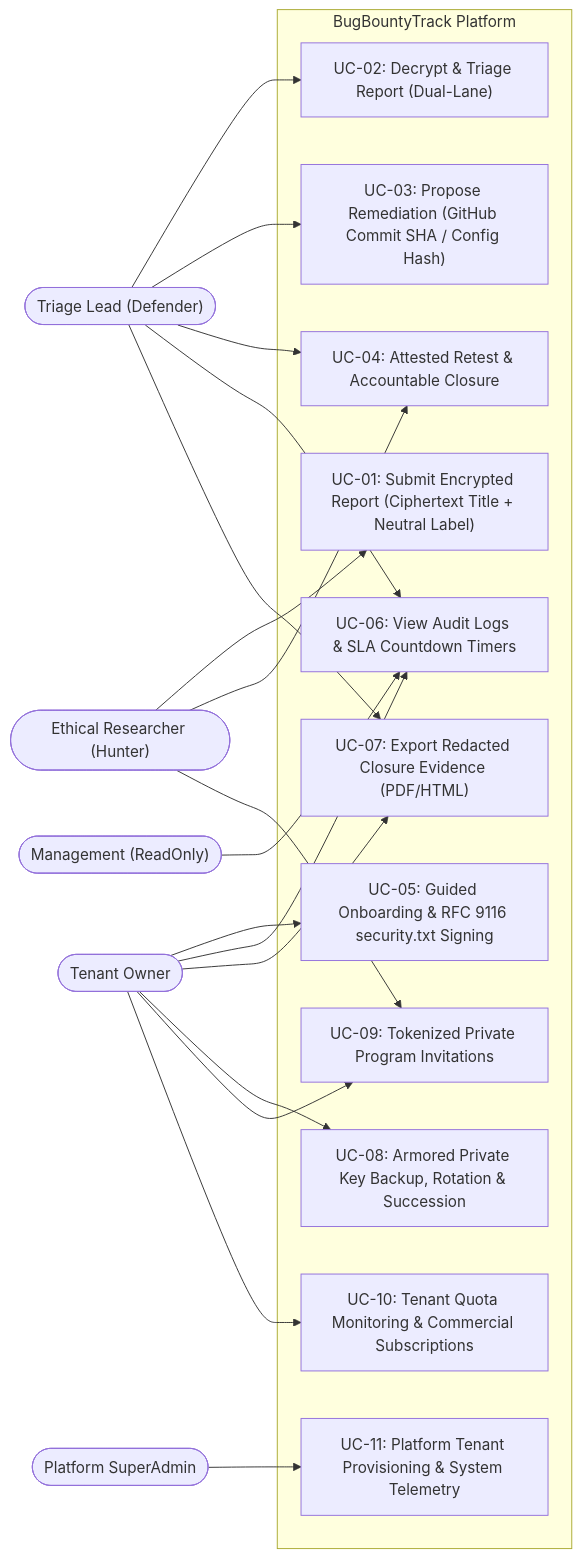
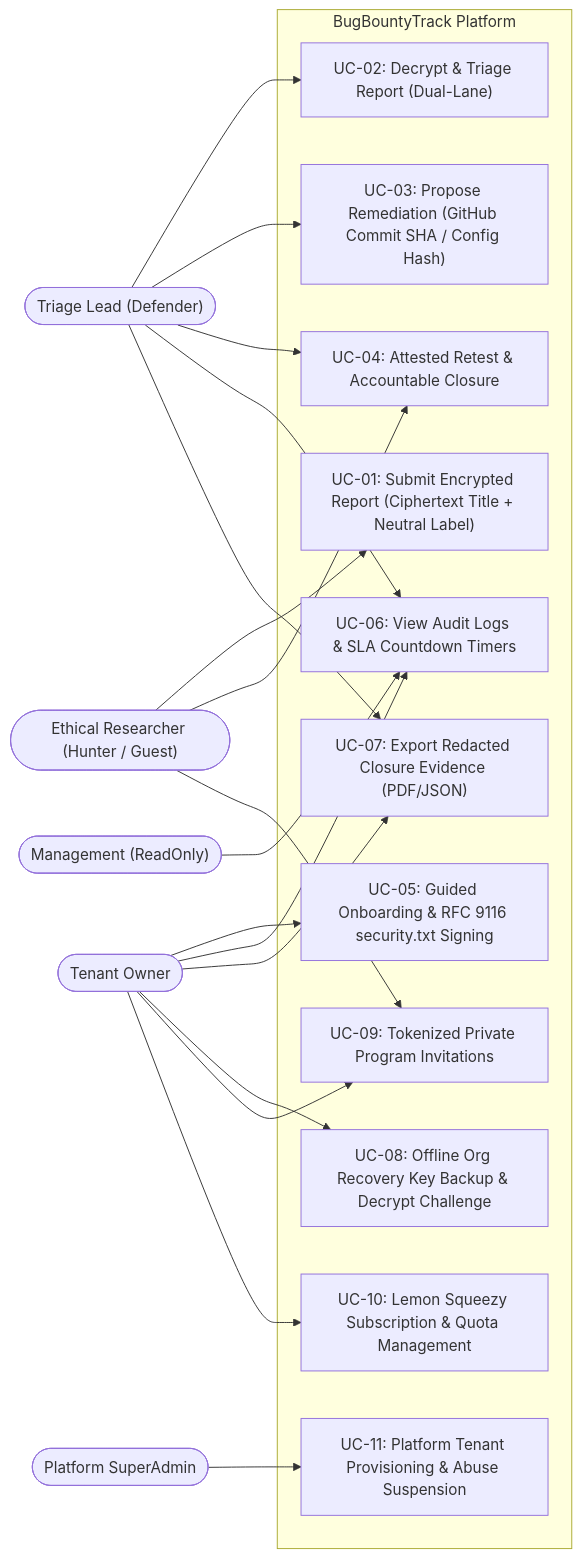
The second of 6 diagrams in requirements/SRS.md (Taha-Asad/BugBountyTracker), drawn with Mermaid before and after one commit. The commit also changed other lines of this file and 15 other files, not shown here.

Commit message:
feat(spec): release v3.2.0 baseline with Lemon Squeezy MoR, guest intake, offline recovery key, and 424h WBS

````diff
--- a/requirements/SRS.md
+++ b/requirements/SRS.md
@@ -361,39 +364,39 @@
 ```mermaid
 flowchart LR
-    Hunter(["Ethical Researcher (Hunter)"])
+    Hunter(["Ethical Researcher (Hunter / Guest)"])
     Defender(["Triage Lead (Defender)"])
     Owner(["Tenant Owner"])
     ReadOnly(["Management (ReadOnly)"])
     Admin(["Platform SuperAdmin"])
 
     subgraph BugBountyTrack["BugBountyTrack Platform"]
         UC1["UC-01: Submit Encrypted Report (Ciphertext Title + Neutral Label)"]
         UC2["UC-02: Decrypt & Triage Report (Dual-Lane)"]
         UC3["UC-03: Propose Remediation (GitHub Commit SHA / Config Hash)"]
         UC4["UC-04: Attested Retest & Accountable Closure"]
         UC5["UC-05: Guided Onboarding & RFC 9116 security.txt Signing"]
         UC6["UC-06: View Audit Logs & SLA Countdown Timers"]
-        UC7["UC-07: Export Redacted Closure Evidence (PDF/HTML)"]
-        UC8["UC-08: Armored Private Key Backup, Rotation & Succession"]
+        UC7["UC-07: Export Redacted Closure Evidence (PDF/JSON)"]
+        UC8["UC-08: Offline Org Recovery Key Backup & Decrypt Challenge"]
         UC9["UC-09: Tokenized Private Program Invitations"]
-        UC10["UC-10: Tenant Quota Monitoring & Commercial Subscriptions"]
-        UC11["UC-11: Platform Tenant Provisioning & System Telemetry"]
+        UC10["UC-10: Lemon Squeezy Subscription & Quota Management"]
+        UC11["UC-11: Platform Tenant Provisioning & Abuse Suspension"]
     end
 
     Hunter --> UC1
     Hunter --> UC4
     Hunter --> UC9
     Defender --> UC2
     Defender --> UC3
     Defender --> UC4
     Defender --> UC6
     Defender --> UC7
     Owner --> UC5
     Owner --> UC6
     Owner --> UC7
     Owner --> UC8
     Owner --> UC9
     Owner --> UC10
     ReadOnly --> UC6
     Admin --> UC11
 ```
````
